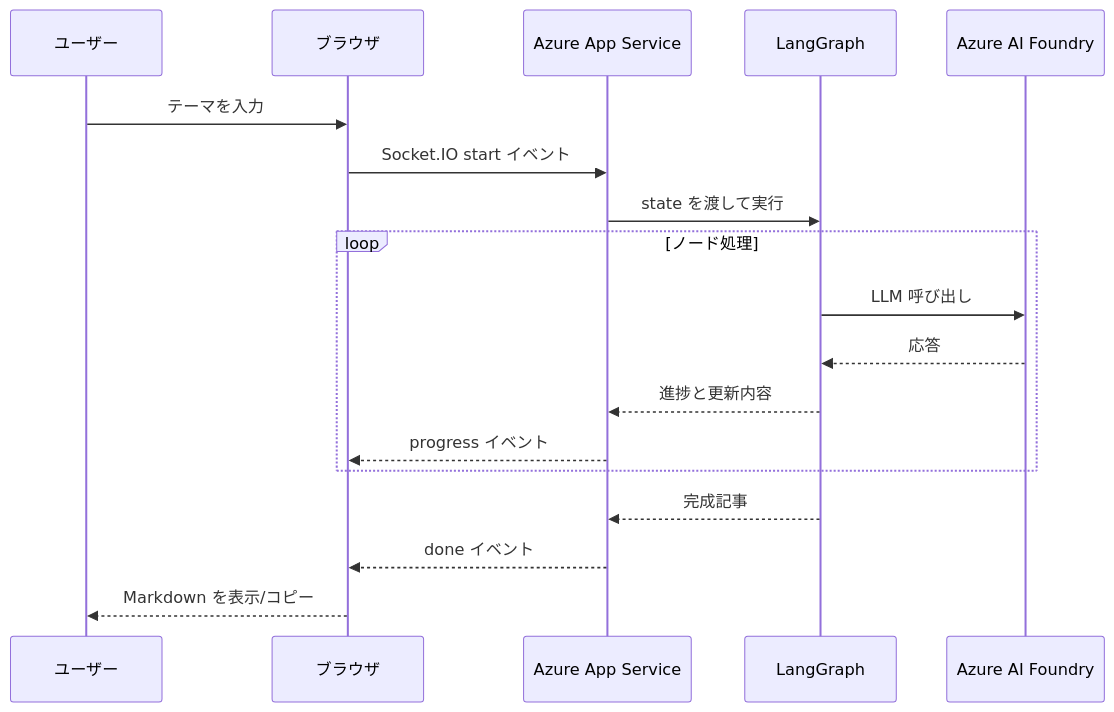
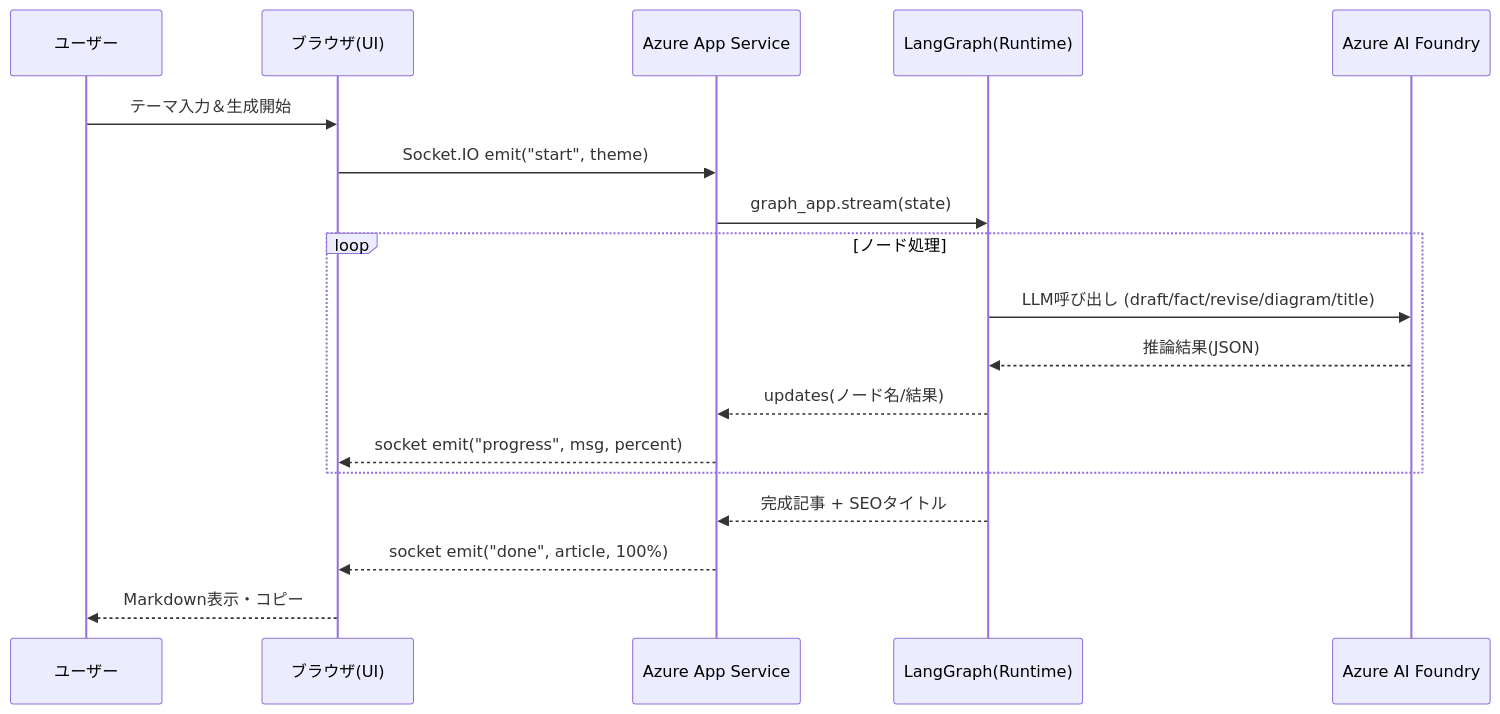
Before and after one commit to Ken-kichi/create-article-p: the third of 3 diagrams in article.md, drawn with Mermaid. The commit also changed other lines of this file, not shown here.

````diff
--- a/article.md
+++ b/article.md
@@ -38,21 +151,21 @@
 ```mermaid
 sequenceDiagram
   participant User as ユーザー
-  participant Browser as ブラウザ
-  participant App as Azure App Service
-  participant Graph as LangGraph
+  participant Browser as ブラウザ(UI)
+  participant AppService as Azure App Service
+  participant LangGraph as LangGraph(Runtime)
   participant Foundry as Azure AI Foundry
 
-  User->>Browser: テーマを入力
-  Browser->>App: Socket.IO start イベント
-  App->>Graph: state を渡して実行
+  User->>Browser: テーマ入力＆生成開始
+  Browser->>AppService: Socket.IO emit("start", theme)
+  AppService->>LangGraph: graph_app.stream(state)
   loop ノード処理
-    Graph->>Foundry: LLM 呼び出し
-    Foundry-->>Graph: 応答
-    Graph-->>App: 進捗と更新内容
-    App-->>Browser: progress イベント
+    LangGraph->>Foundry: LLM呼び出し (draft/fact/revise/diagram/title)
+    Foundry-->>LangGraph: 推論結果(JSON)
+    LangGraph-->>AppService: updates(ノード名/結果)
+    AppService-->>Browser: socket emit("progress", msg, percent)
   end
-  Graph-->>App: 完成記事
-  App-->>Browser: done イベント
-  Browser-->>User: Markdown を表示/コピー
+  LangGraph-->>AppService: 完成記事 + SEOタイトル
+  AppService-->>Browser: socket emit("done", article, 100%)
+  Browser-->>User: Markdown表示・コピー
 ```
````
